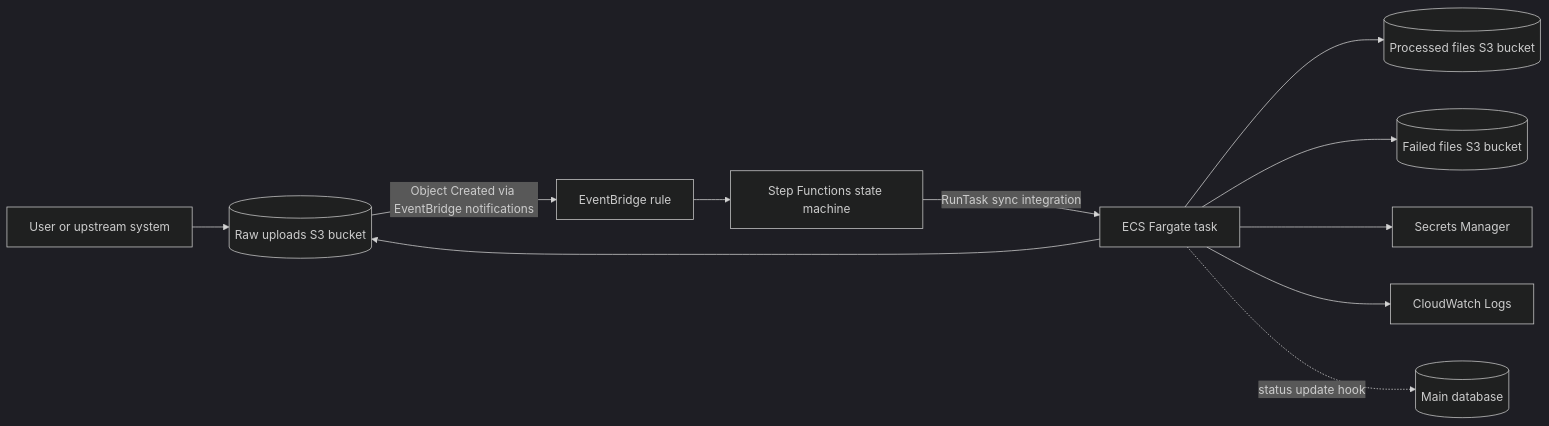
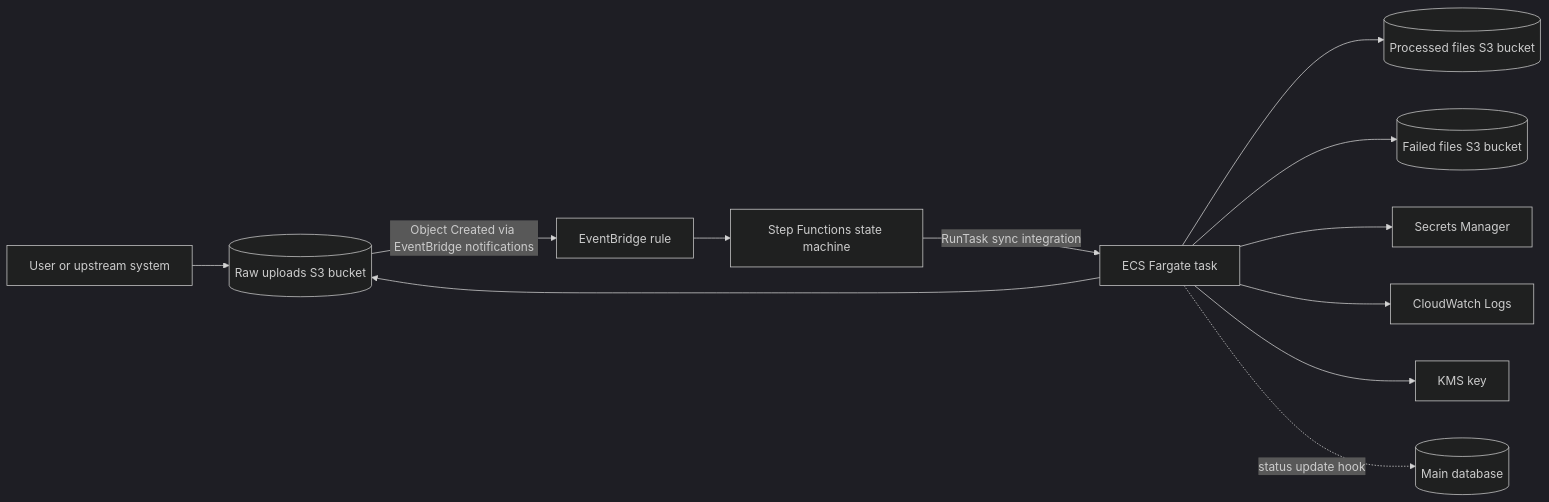
Before and after one commit to tukue/data-processing-infrastructure: the diagram in README.md, drawn with Mermaid (dark theme). The commit also changed other lines of this file and 6 other files, not shown here.

````diff
--- a/README.md
+++ b/README.md
@@ -9,13 +9,14 @@
 ```mermaid
 flowchart LR
     user[User or upstream system] --> raw[(Raw uploads S3 bucket)]
     raw -->|Object Created via EventBridge notifications| rule[EventBridge rule]
     rule --> sfn[Step Functions state machine]
     sfn -->|RunTask sync integration| ecs[ECS Fargate task]
     ecs --> raw
     ecs --> processed[(Processed files S3 bucket)]
     ecs --> failed[(Failed files S3 bucket)]
     ecs --> secrets[Secrets Manager]
     ecs --> logs[CloudWatch Logs]
+    ecs --> kms[KMS key]
     ecs -. status update hook .-> db[(Main database)]
 ```
````
